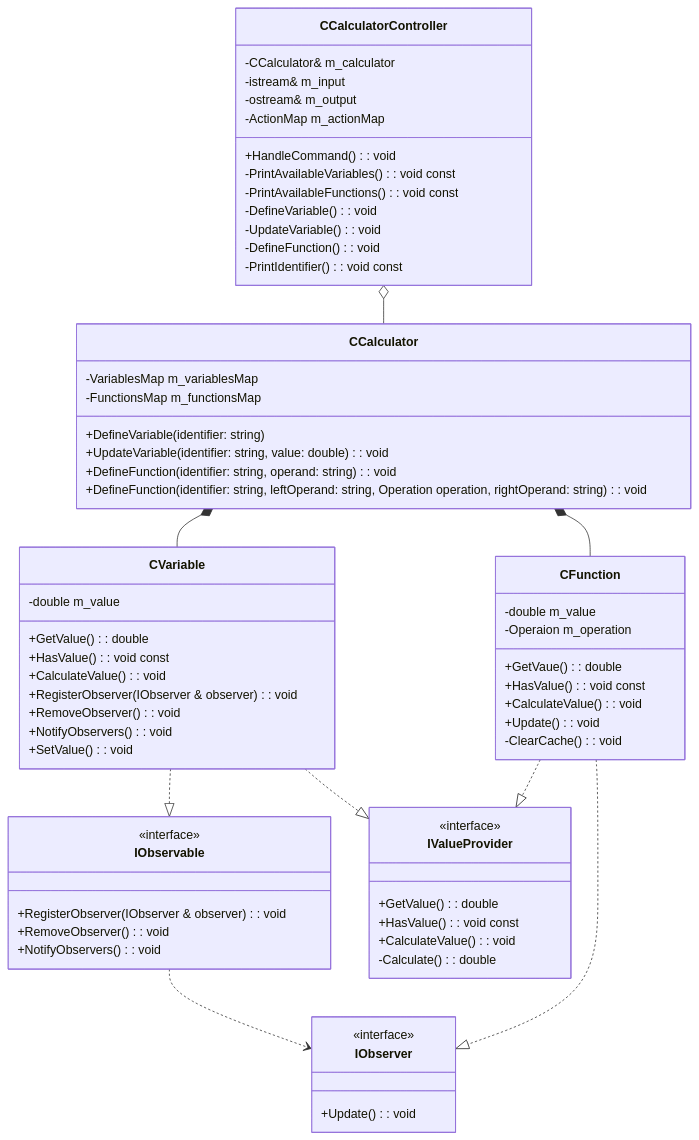
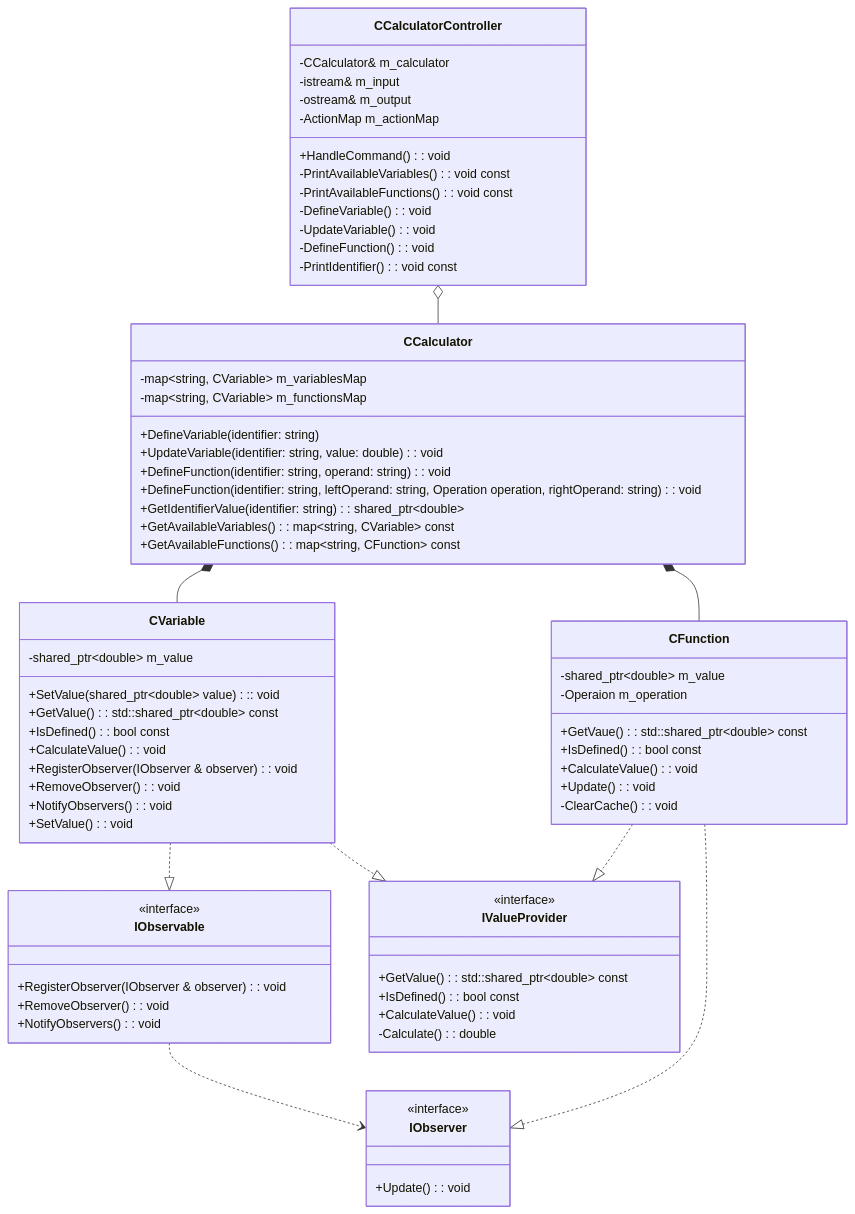
One commit to Exevald/oop changed the diagram in lw3/Calculator/diagram.md. Above: the diagram before and after it, drawn with Mermaid. The commit also changed 15 other files, not shown here.

Commit message:
Обновил диаграмму классов для калькулятора. Написал функции вывода списка переменных и списка функций. Релаизовал логику создания и обновления переменных

````diff
--- a/lw3/Calculator/diagram.md
+++ b/lw3/Calculator/diagram.md
@@ -1,76 +1,80 @@
 ```mermaid
 classDiagram
     class CCalculatorController {
         -CCalculator& m_calculator
         -istream& m_input
         -ostream& m_output
         -ActionMap m_actionMap
         +HandleCommand(): void
         -PrintAvailableVariables(): void const
         -PrintAvailableFunctions(): void const
         -DefineVariable(): void
         -UpdateVariable(): void
         -DefineFunction(): void
         -PrintIdentifier(): void const
     }
 
     class CCalculator {
-        -VariablesMap m_variablesMap
-        -FunctionsMap m_functionsMap
+        -map~string, CVariable~ m_variablesMap
+        -map~string, CVariable~ m_functionsMap
         +DefineVariable(identifier: string)
         +UpdateVariable(identifier: string, value: double): void
         +DefineFunction(identifier: string, operand: string): void
         +DefineFunction(identifier: string, leftOperand: string, Operation operation, rightOperand: string): void
+        +GetIdentifierValue(identifier: string): shared_ptr~double~
+        +GetAvailableVariables(): map~string, CVariable~ const
+        +GetAvailableFunctions(): map~string, CFunction~ const
     }
 
     class CVariable {
-        -double m_value
-        +GetValue(): double
-        +HasValue(): void const
+        -shared_ptr~double~ m_value
+        +SetValue(shared_ptr~double~ value):: void
+        +GetValue(): std::shared_ptr~double~ const
+        +IsDefined(): bool const
         +CalculateValue(): void
         +RegisterObserver(IObserver & observer): void
         +RemoveObserver(): void
         +NotifyObservers(): void
         +SetValue(): void
     }
 
     class CFunction {
-        -double m_value
+        -shared_ptr~double~ m_value
         -Operaion m_operation
-        +GetVaue(): double
-        +HasValue(): void const
+        +GetVaue(): std::shared_ptr~double~ const
+        +IsDefined(): bool const
         +CalculateValue(): void
         +Update(): void
         -ClearCache(): void
     }
 
     class IValueProvider {
         <<interface>>
-        +GetValue(): double
-        +HasValue(): void const
+        +GetValue(): std::shared_ptr~double~ const
+        +IsDefined(): bool const
         +CalculateValue(): void
         -Calculate(): double
     }
 
     class IObservable {
         <<interface>>
         +RegisterObserver(IObserver & observer): void
         +RemoveObserver(): void
         +NotifyObservers(): void
     }
 
     class IObserver {
         <<interface>>
         +Update(): void
     }
 
     CCalculatorController o-- CCalculator
     CVariable ..|> IObservable
     CCalculator *-- CVariable
     CCalculator *-- CFunction
     CVariable ..|> IValueProvider
     CFunction ..|> IValueProvider
     CFunction ..|> IObserver
     IObservable ..> IObserver
 
 ```
````
